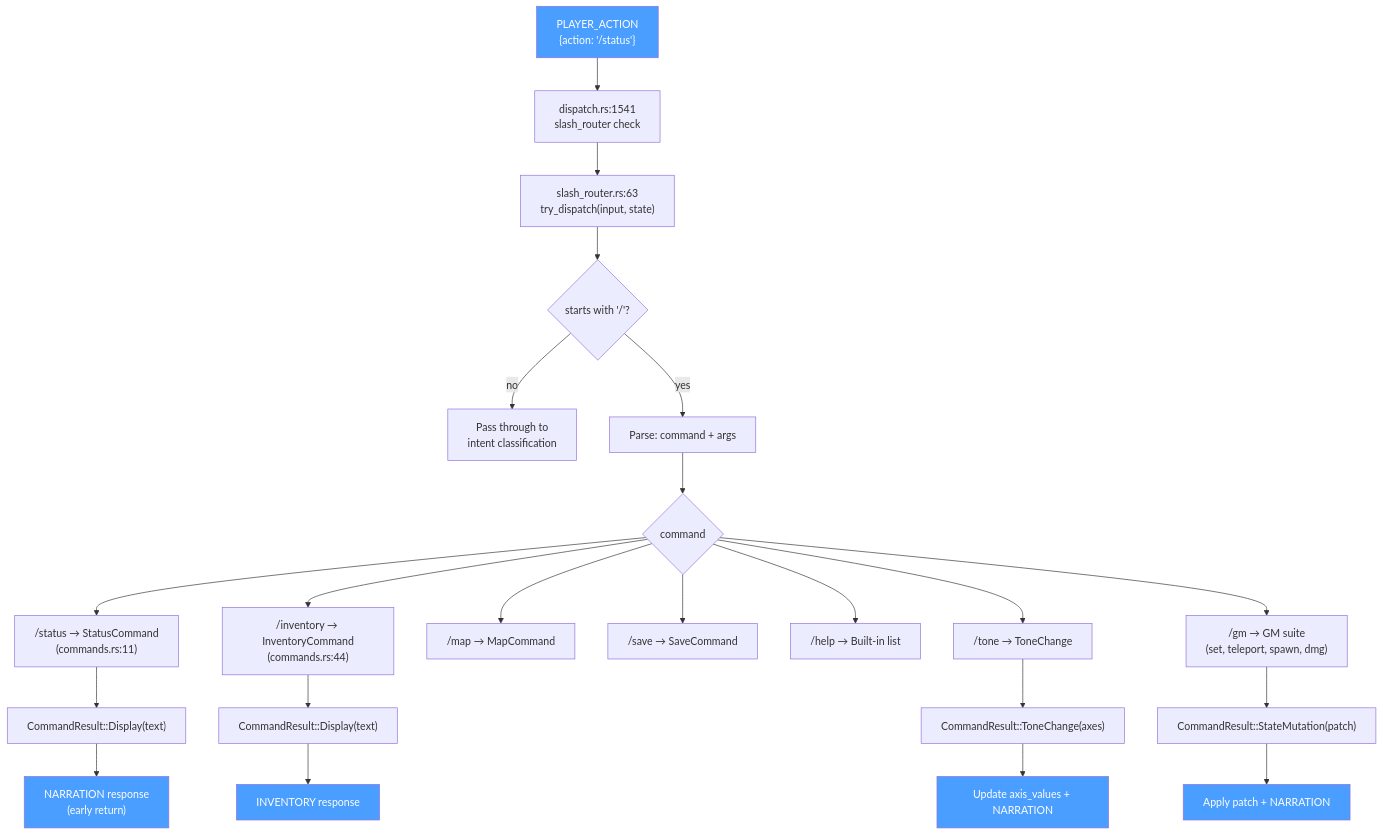
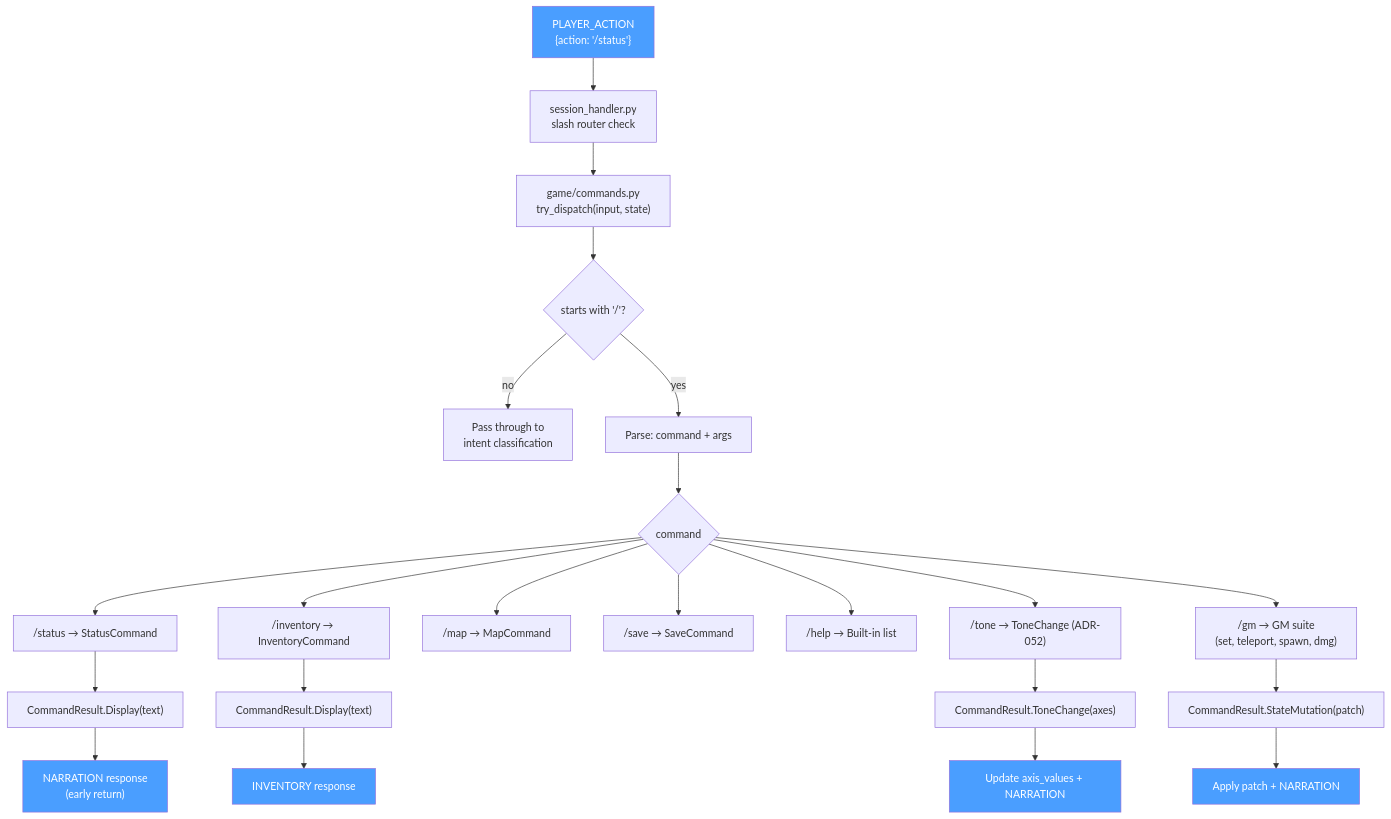
One commit to slabgorb/sidequest changed diagram 12 of 15 in docs/wiring-diagrams.md. Above: the diagram before and after it, drawn with Mermaid. The commit also changed other lines of this file and 4 other files, not shown here.

````diff
--- a/docs/wiring-diagrams.md
+++ b/docs/wiring-diagrams.md
@@ -620,33 +649,33 @@
 ```mermaid
 flowchart TD
-    A["PLAYER_ACTION<br/>{action: '/status'}"] --> B["dispatch.rs:1541<br/>slash_router check"]
-    B --> C["slash_router.rs:63<br/>try_dispatch(input, state)"]
+    A["PLAYER_ACTION<br/>{action: '/status'}"] --> B["session_handler.py<br/>slash router check"]
+    B --> C["game/commands.py<br/>try_dispatch(input, state)"]
     C --> D{"starts with '/'?"}
     D -->|"no"| E["Pass through to<br/>intent classification"]
     D -->|"yes"| F["Parse: command + args"]
 
     F --> G{"command"}
-    G --> H["/status → StatusCommand<br/>(commands.rs:11)"]
-    G --> I["/inventory → InventoryCommand<br/>(commands.rs:44)"]
+    G --> H["/status → StatusCommand"]
+    G --> I["/inventory → InventoryCommand"]
     G --> J["/map → MapCommand"]
     G --> K["/save → SaveCommand"]
     G --> L["/help → Built-in list"]
-    G --> M["/tone → ToneChange"]
+    G --> M["/tone → ToneChange (ADR-052)"]
     G --> N["/gm → GM suite<br/>(set, teleport, spawn, dmg)"]
 
-    H --> O["CommandResult::Display(text)"]
-    I --> P["CommandResult::Display(text)"]
-    N --> Q["CommandResult::StateMutation(patch)"]
-    M --> R["CommandResult::ToneChange(axes)"]
+    H --> O["CommandResult.Display(text)"]
+    I --> P["CommandResult.Display(text)"]
+    N --> Q["CommandResult.StateMutation(patch)"]
+    M --> R["CommandResult.ToneChange(axes)"]
 
     O --> S["NARRATION response<br/>(early return)"]
     P --> T["INVENTORY response"]
     Q --> U["Apply patch + NARRATION"]
     R --> V["Update axis_values + NARRATION"]
 
     style A fill:#4a9eff,color:#fff
     style S fill:#4a9eff,color:#fff
     style T fill:#4a9eff,color:#fff
     style U fill:#4a9eff,color:#fff
     style V fill:#4a9eff,color:#fff
 ```
````
